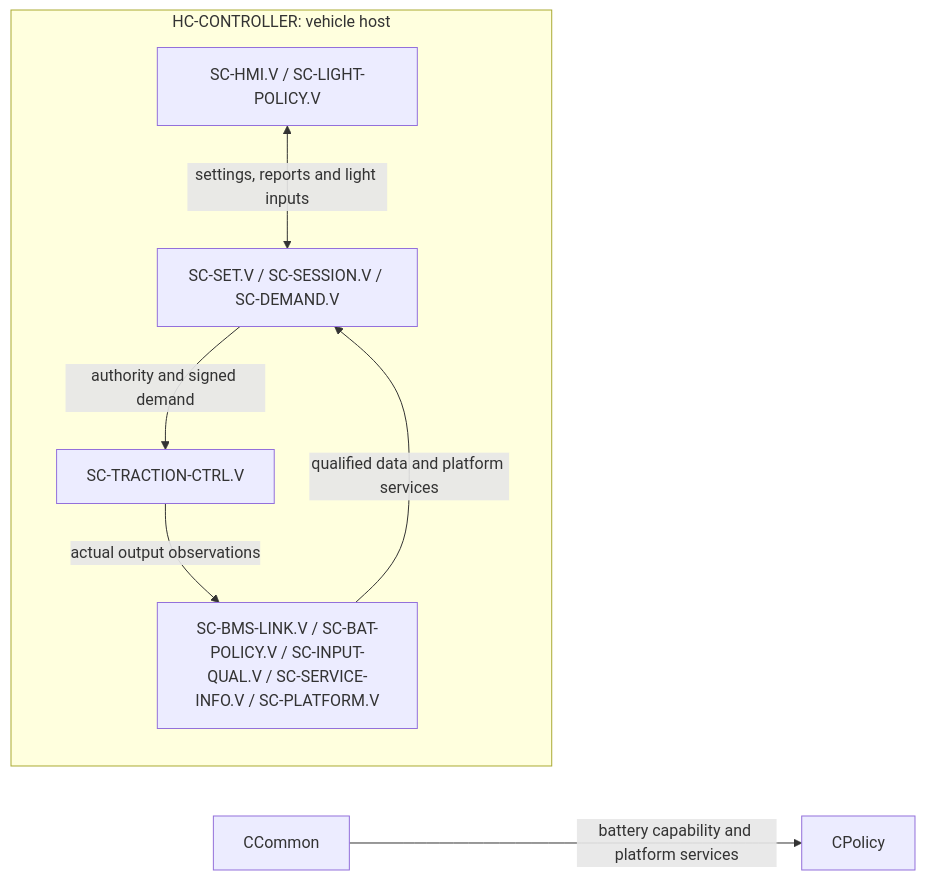
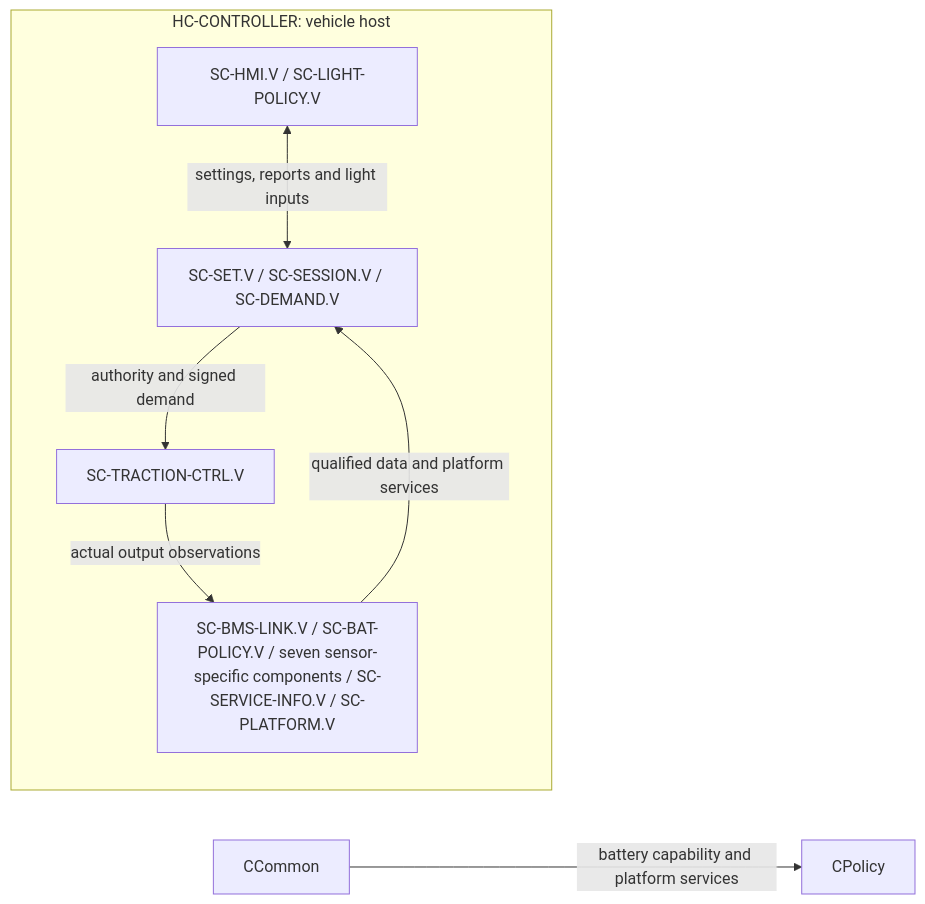
One commit to dhellhake/X2CityMCU changed the first of 4 diagrams in .devenv/Architecture/SoftwareArchitecture/ARCH-003_Software_Architecture.md. Above: the diagram before and after it, drawn with Mermaid. The commit also changed other lines of this file and 71 other files, not shown here.

Commit message:
Added Data-Flow to all architecture layers

````diff
--- a/.devenv/Architecture/SoftwareArchitecture/ARCH-003_Software_Architecture.md
+++ b/.devenv/Architecture/SoftwareArchitecture/ARCH-003_Software_Architecture.md
@@ -38,14 +38,14 @@
 ```mermaid
 flowchart LR
     subgraph Vehicle["HC-CONTROLLER: vehicle host"]
         VPolicy["SC-SET.V / SC-SESSION.V / SC-DEMAND.V"]
         VIO["SC-HMI.V / SC-LIGHT-POLICY.V"]
         VDrive["SC-TRACTION-CTRL.V"]
-        VCommon["SC-BMS-LINK.V / SC-BAT-POLICY.V / SC-INPUT-QUAL.V / SC-SERVICE-INFO.V / SC-PLATFORM.V"]
+        VCommon["SC-BMS-LINK.V / SC-BAT-POLICY.V / seven sensor-specific components / SC-SERVICE-INFO.V / SC-PLATFORM.V"]
     end
     VCommon -->|qualified data and platform services| VPolicy
     VPolicy -->|authority and signed demand| VDrive
     VDrive -->|actual output observations| VCommon
     VIO <-->|settings, reports and light inputs| VPolicy
     CCommon -->|battery capability and platform services| CPolicy
 ```
````
